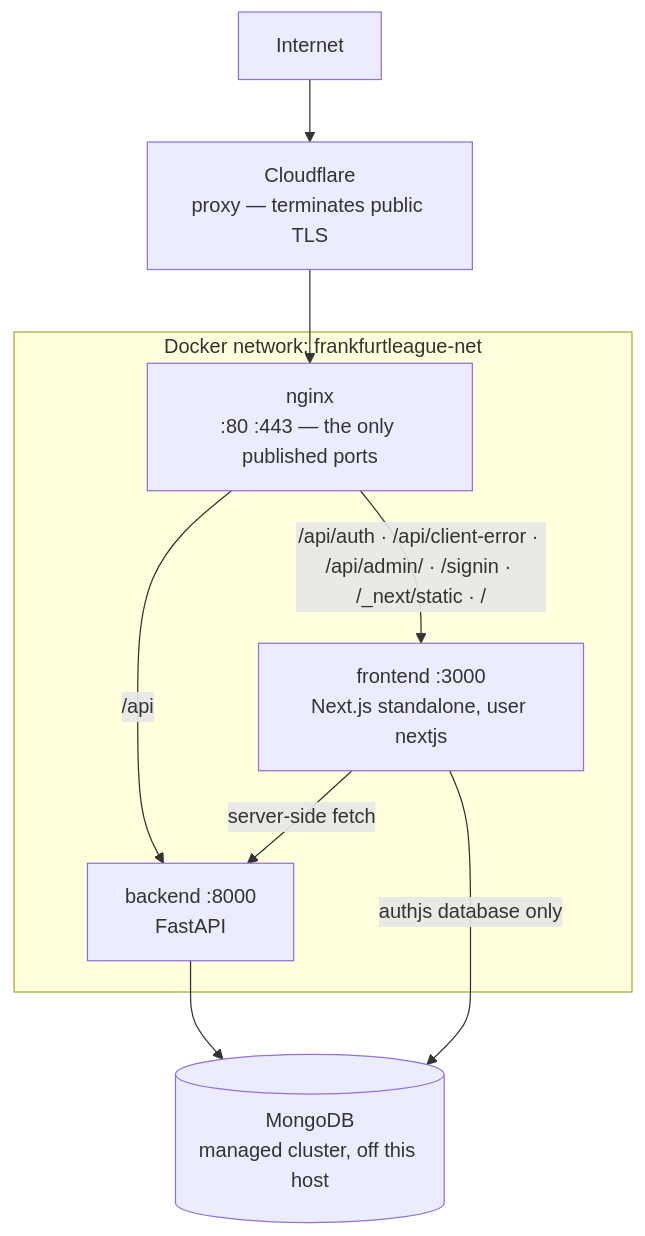
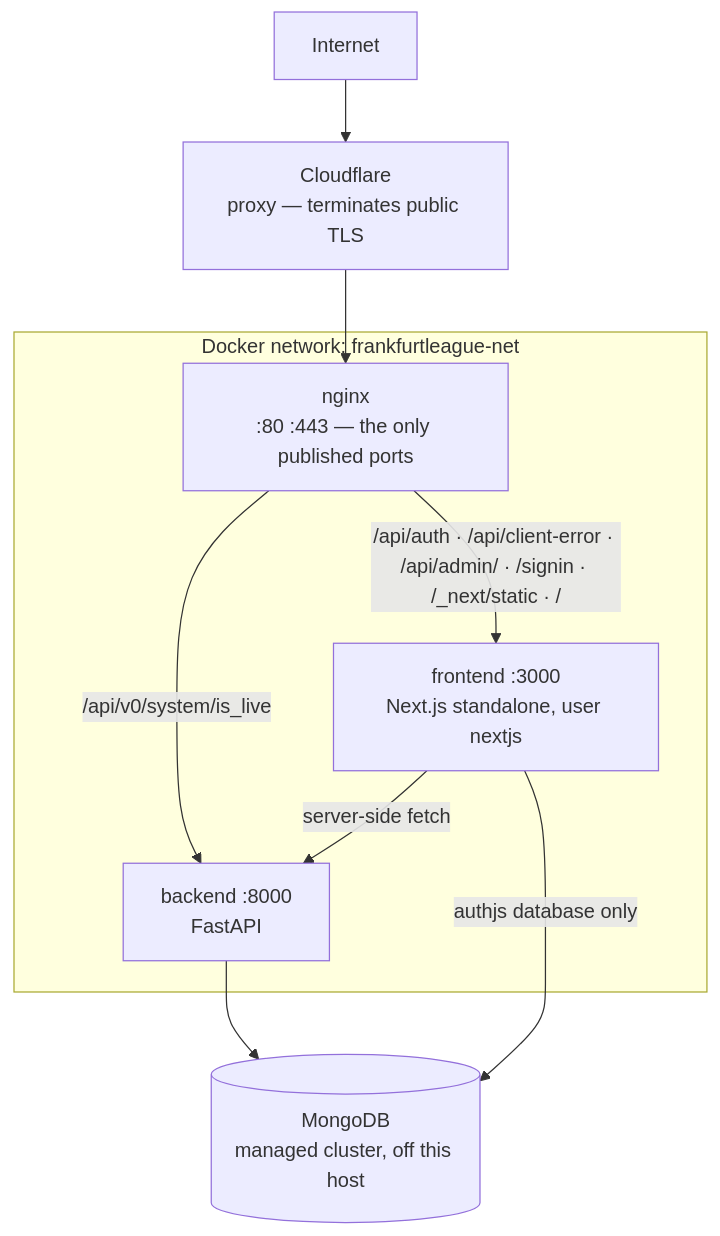
The diagram in docs/ops/overview.md (felzab/frankfurtleague), drawn with Mermaid before and after one commit. The commit also changed other lines of this file and 18 other files, not shown here.

````diff
--- a/docs/ops/overview.md
+++ b/docs/ops/overview.md
@@ -15,21 +15,21 @@
 ```mermaid
 graph TB
     internet["Internet"]
     cf["Cloudflare<br/>proxy — terminates public TLS"]
 
     subgraph net["Docker network: frankfurtleague-net"]
         nginx["nginx<br/>:80 :443 — the only published ports"]
         fe["frontend :3000<br/>Next.js standalone, user nextjs"]
         be["backend :8000<br/>FastAPI"]
     end
 
     mongo[("MongoDB<br/>managed cluster, off this host")]
 
     internet --> cf
     cf --> nginx
-    nginx -->|"/api"| be
+    nginx -->|"/api/v0/system/is_live"| be
     nginx -->|"/api/auth · /api/client-error · /api/admin/ · /signin · /_next/static · /"| fe
     fe -->|"server-side fetch"| be
     fe -->|"authjs database only"| mongo
     be --> mongo
 ```
````
